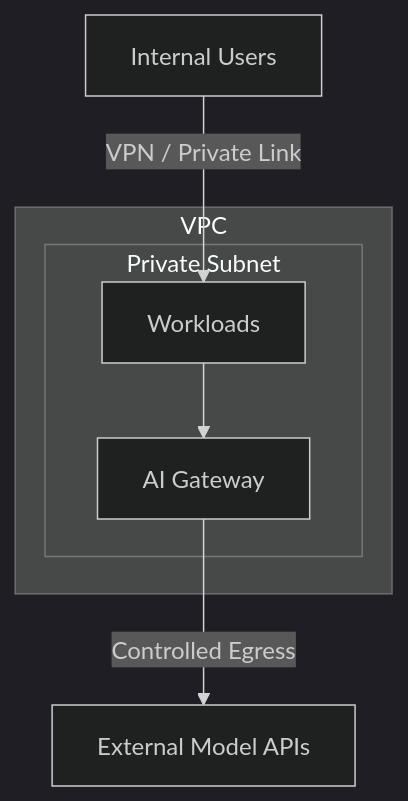
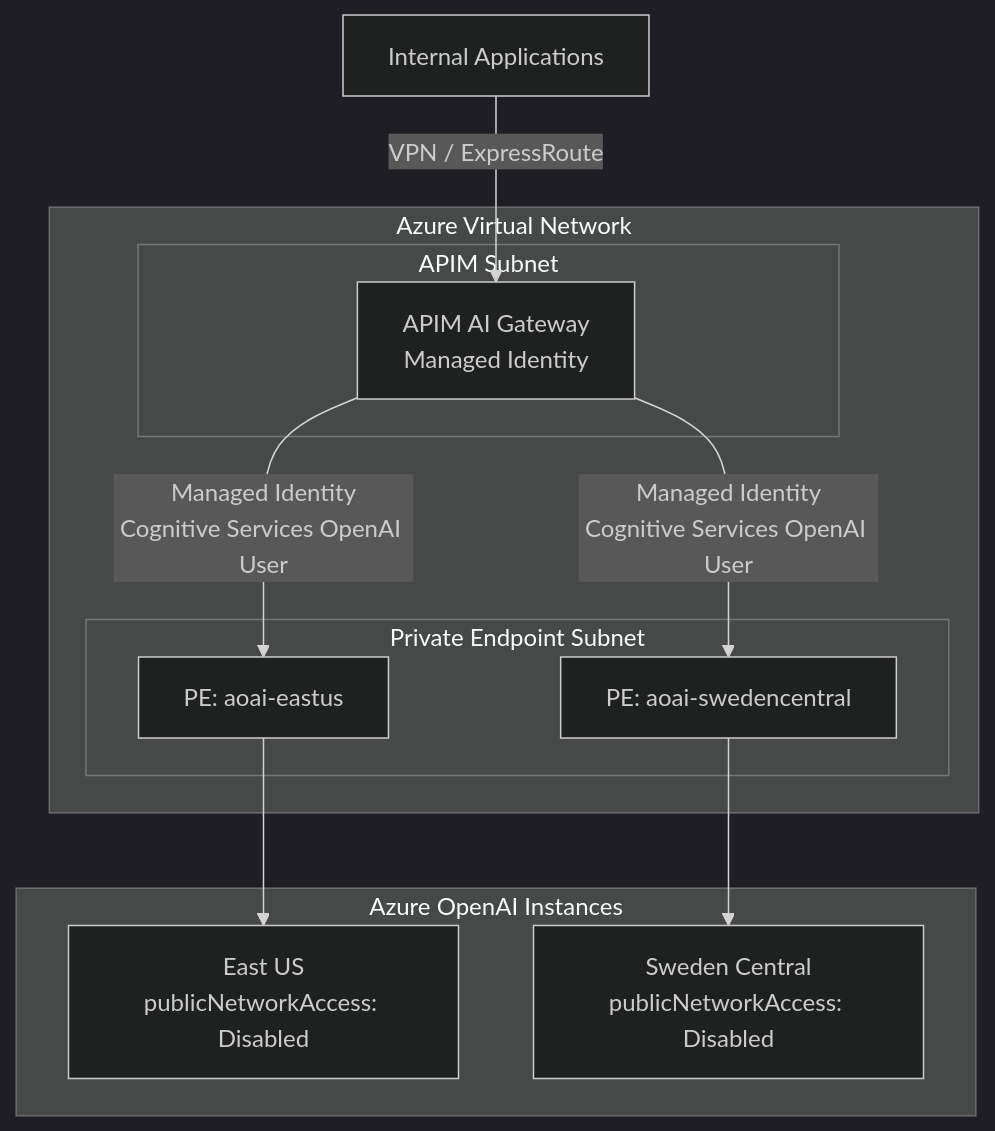
The third of 3 diagrams in posts/2026-02-07-building-your-genai-platform-foundation.md (Odovey-Consulting/odovey-blog), drawn with Mermaid (dark theme) before and after one commit. The commit also changed other lines of this file and 3 other files, not shown here.

````diff
--- a/posts/2026-02-07-building-your-genai-platform-foundation.md
+++ b/posts/2026-02-07-building-your-genai-platform-foundation.md
@@ -120,12 +310,22 @@
 ```mermaid
 flowchart TB
-    subgraph VPC[VPC]
-        subgraph Private[Private Subnet]
-            GW[AI Gateway]
-            WL[Workloads]
+    subgraph VNet[Azure Virtual Network]
+        subgraph APIMSubnet[APIM Subnet]
+            GW[APIM AI Gateway<br/>Managed Identity]
         end
-        WL --> GW
+        subgraph PESubnet[Private Endpoint Subnet]
+            PE1[PE: aoai-eastus]
+            PE2[PE: aoai-swedencentral]
+        end
     end
-    GW -->|Controlled Egress| ExtAPI[External Model APIs]
-    Users[Internal Users] -->|VPN / Private Link| WL
+    subgraph AOAI[Azure OpenAI Instances]
+        A1[East US<br/>publicNetworkAccess: Disabled]
+        A2[Sweden Central<br/>publicNetworkAccess: Disabled]
+    end
+
+    Apps[Internal Applications] -->|VPN / ExpressRoute| GW
+    GW -->|Managed Identity<br/>Cognitive Services OpenAI User| PE1
+    GW -->|Managed Identity<br/>Cognitive Services OpenAI User| PE2
+    PE1 --> A1
+    PE2 --> A2
 ```
````
